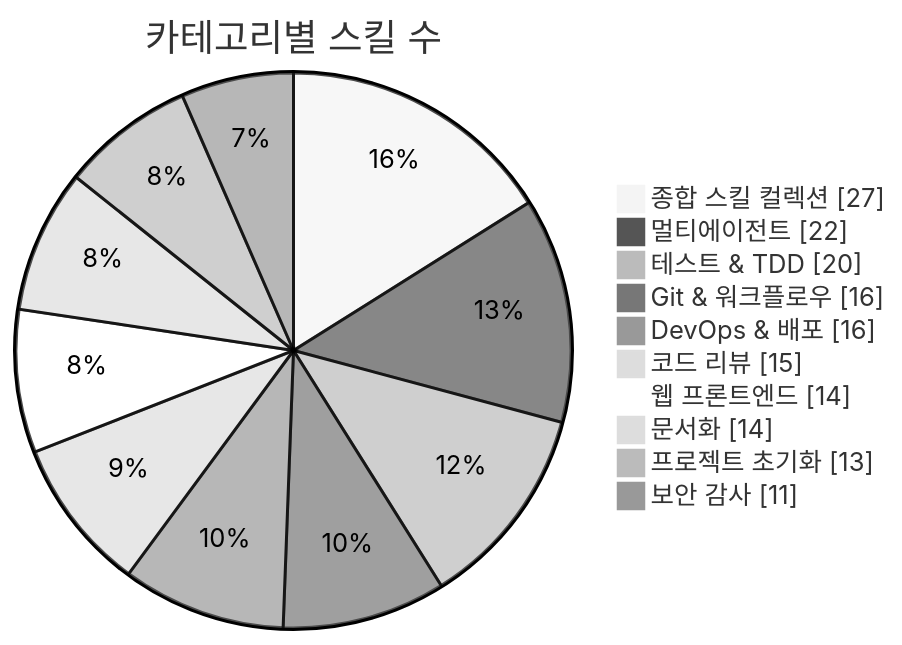
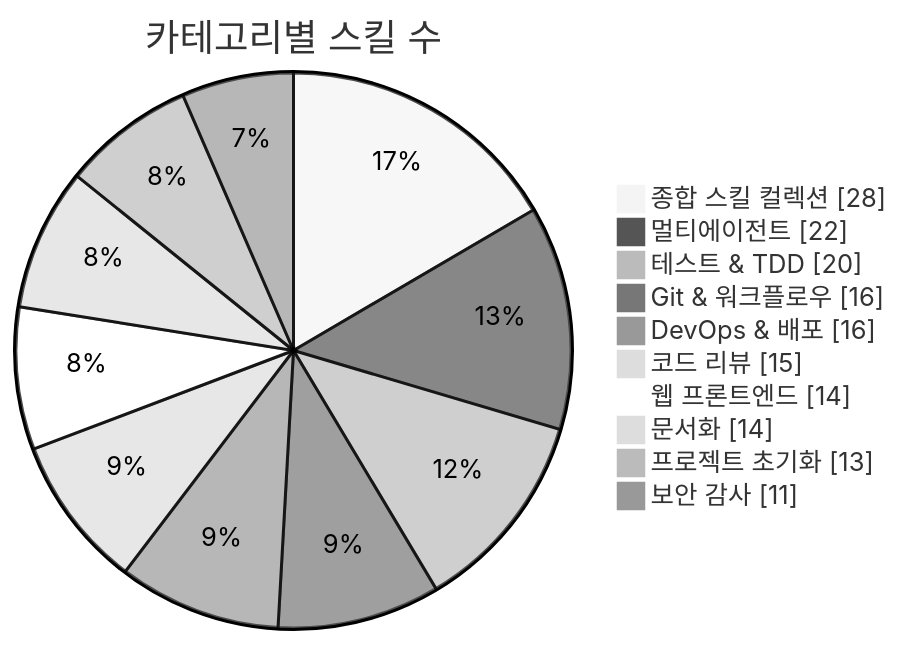
Before and after one commit to J-nowcow/awesome-korean-agent-skills: the first of 3 diagrams in README.md, drawn with Mermaid (neutral theme). The commit also changed other lines of this file and 3 other files, not shown here.

````diff
--- a/README.md
+++ b/README.md
@@ -176,14 +176,14 @@
 ```mermaid
 pie showData
     title 카테고리별 스킬 수
-    "종합 스킬 컬렉션" : 27
+    "종합 스킬 컬렉션" : 28
     "멀티에이전트" : 22
     "테스트 & TDD" : 20
     "Git & 워크플로우" : 16
     "DevOps & 배포" : 16
     "코드 리뷰" : 15
     "웹 프론트엔드" : 14
     "문서화" : 14
     "프로젝트 초기화" : 13
     "보안 감사" : 11
 ```
````
